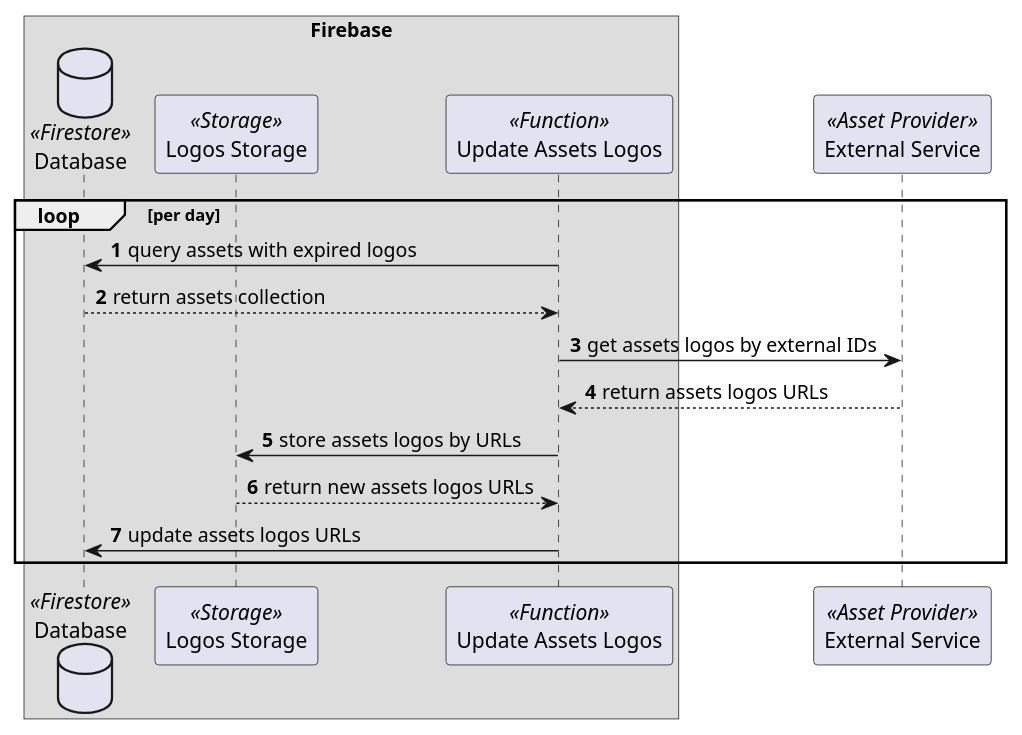
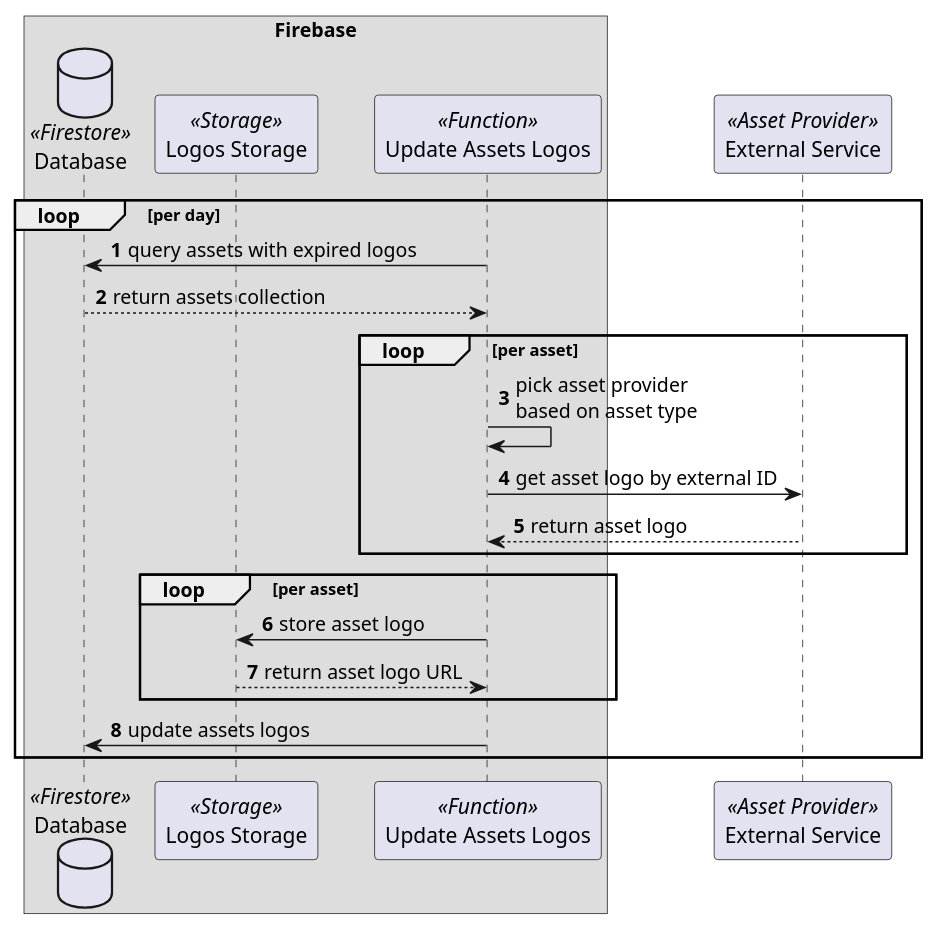
Before and after one commit to loginov-rocks/Portfolio: the diagram in docs/diagrams/Update-Assets-Logos-Sequence.puml, drawn with PlantUML. The commit also changed 10 other files, not shown here.

Commit message:
Firebase: Implement UpdateAssetsLogos, update diagram

```diff
--- a/docs/diagrams/Update-Assets-Logos-Sequence.puml
+++ b/docs/diagrams/Update-Assets-Logos-Sequence.puml
@@ -1,22 +1,27 @@
 @startuml
 
 autonumber
 
 box Firebase
     database Database <<Firestore>>
     participant "Logos Storage" as LogosStorage <<Storage>>
     participant "Update Assets Logos" as UpdateAssetsLogos <<Function>>
 end box
 participant "External Service" as ExternalService <<Asset Provider>>
 
 loop per day
     UpdateAssetsLogos -> Database: query assets with expired logos
     Database --> UpdateAssetsLogos: return assets collection
-    UpdateAssetsLogos -> ExternalService: get assets logos by external IDs
-    ExternalService --> UpdateAssetsLogos: return assets logos URLs
-    UpdateAssetsLogos -> LogosStorage: store assets logos by URLs
-    LogosStorage --> UpdateAssetsLogos: return new assets logos URLs
-    UpdateAssetsLogos -> Database: update assets logos URLs
+    loop per asset
+        UpdateAssetsLogos -> UpdateAssetsLogos: pick asset provider\nbased on asset type
+        UpdateAssetsLogos -> ExternalService: get asset logo by external ID
+        ExternalService --> UpdateAssetsLogos: return asset logo
+    end
+    loop per asset
+        UpdateAssetsLogos -> LogosStorage: store asset logo
+        LogosStorage --> UpdateAssetsLogos: return asset logo URL
+    end
+    UpdateAssetsLogos -> Database: update assets logos
 end
 
 @enduml
```
